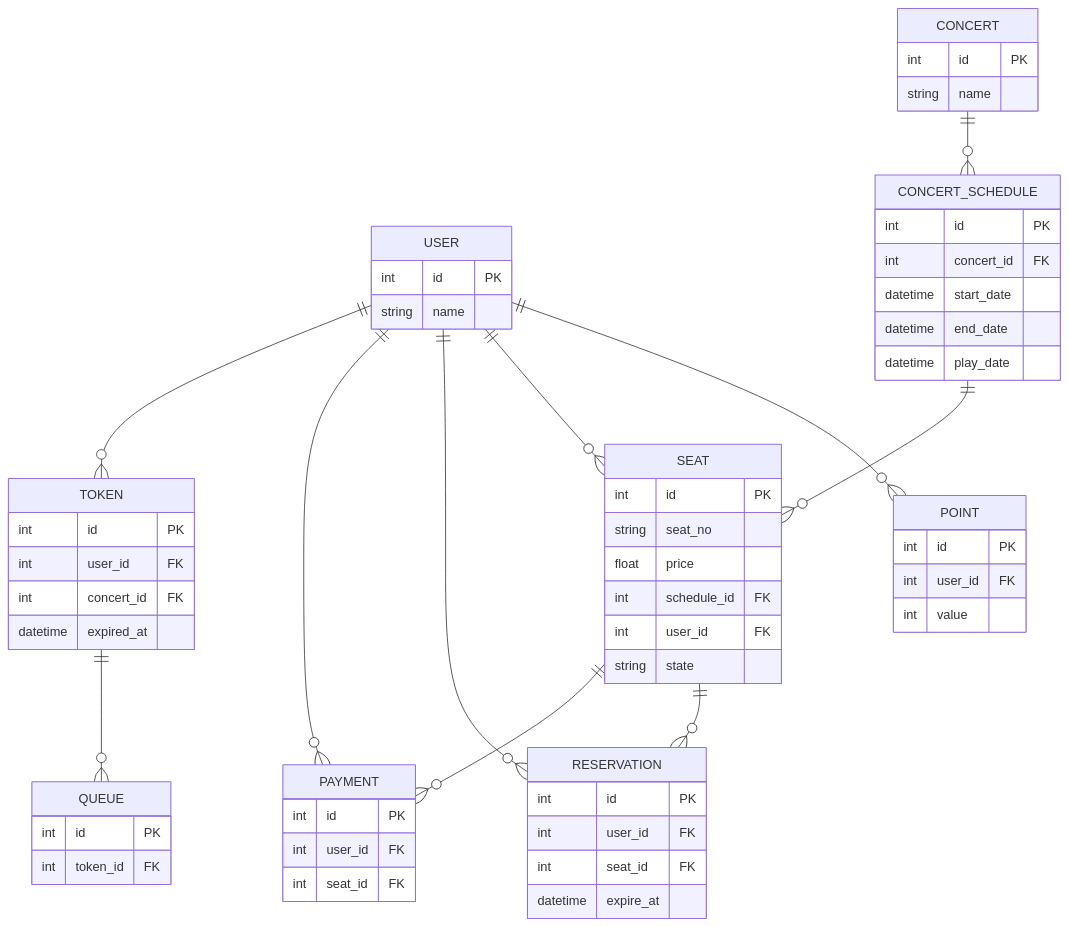
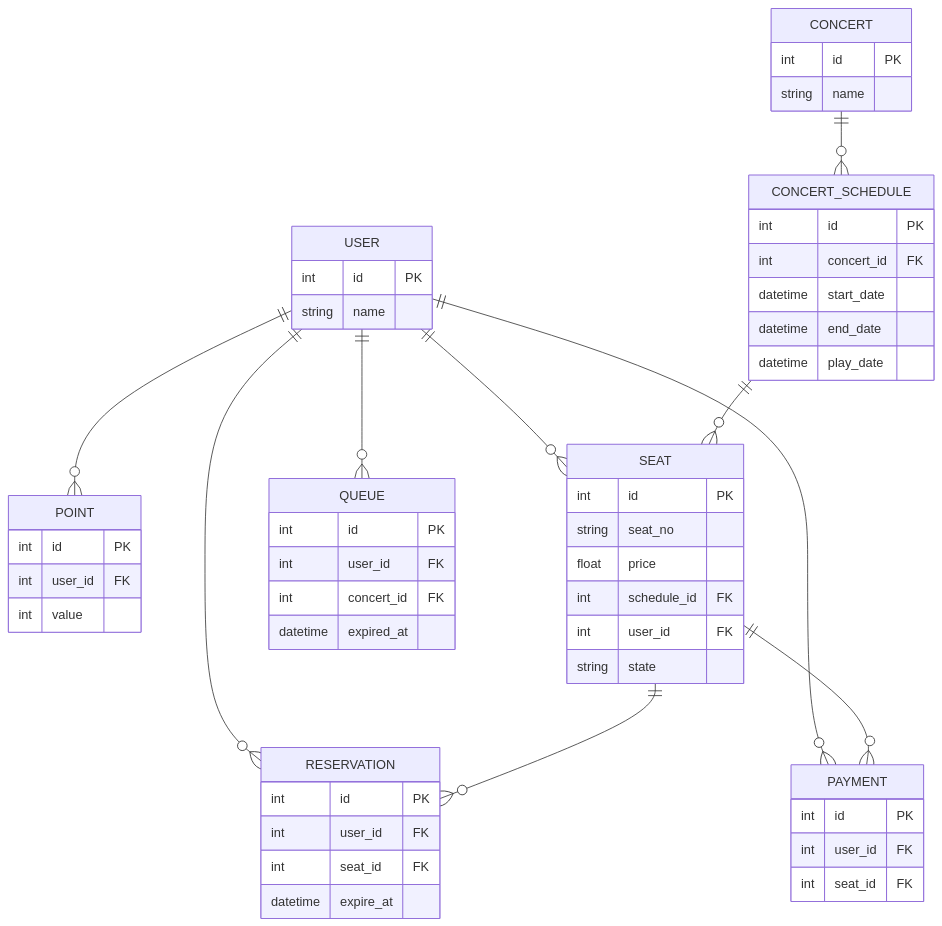
The diagram in docs/erd/erd.md (woodogyun/hhplus-concert), drawn with Mermaid before and after one commit. The commit also changed 13 other files, not shown here.

````diff
--- a/docs/erd/erd.md
+++ b/docs/erd/erd.md
@@ -2,75 +2,69 @@
 ```mermaid
 erDiagram
     USER {
         int id PK
         string name
     }
 
     POINT {
         int id PK
         int user_id FK
         int value
     }
 
     CONCERT {
         int id PK
         string name
     }
 
     CONCERT_SCHEDULE {
         int id PK
         int concert_id FK
         datetime start_date
         datetime end_date
         datetime play_date
     }
 
     SEAT {
         int id PK
         string seat_no
         float price
         int schedule_id FK
         int user_id FK
         string state
     }
 
     RESERVATION {
         int id PK
         int user_id FK
         int seat_id FK
         datetime expire_at
     }
 
     PAYMENT {
         int id PK
         int user_id FK
         int seat_id FK
     }
 
-    TOKEN {
+    QUEUE {
         int id PK
         int user_id FK
         int concert_id FK
         datetime expired_at
     }
 
-    QUEUE {
-        int id PK
-        int token_id FK
-    }
-
     USER ||--o{ POINT : ""
     USER ||--o{ SEAT : ""
     USER ||--o{ RESERVATION : ""
     USER ||--o{ PAYMENT : ""
-    USER ||--o{ TOKEN : ""
+    USER ||--o{ QUEUE : ""
 
     CONCERT ||--o{ CONCERT_SCHEDULE : ""
 
     CONCERT_SCHEDULE ||--o{ SEAT : ""
 
     SEAT ||--o{ RESERVATION : ""
     SEAT ||--o{ PAYMENT : ""
 
-    TOKEN ||--o{ QUEUE : ""
 ```
````
